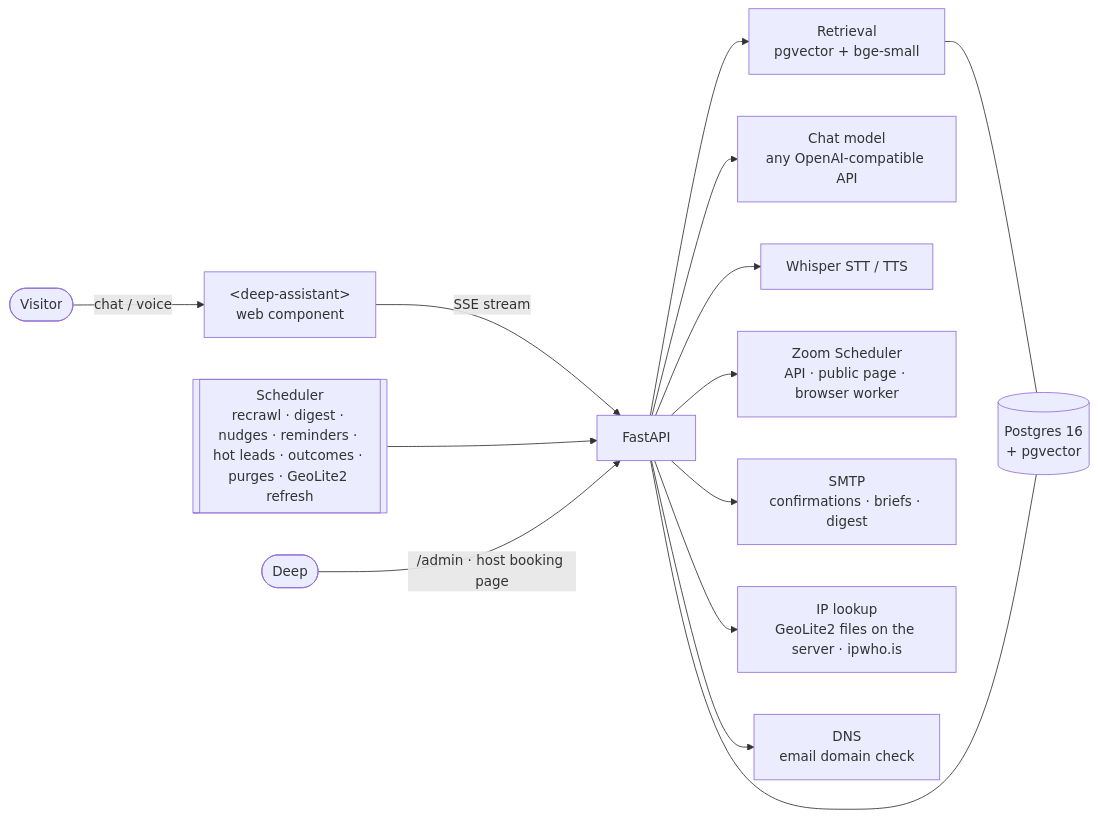
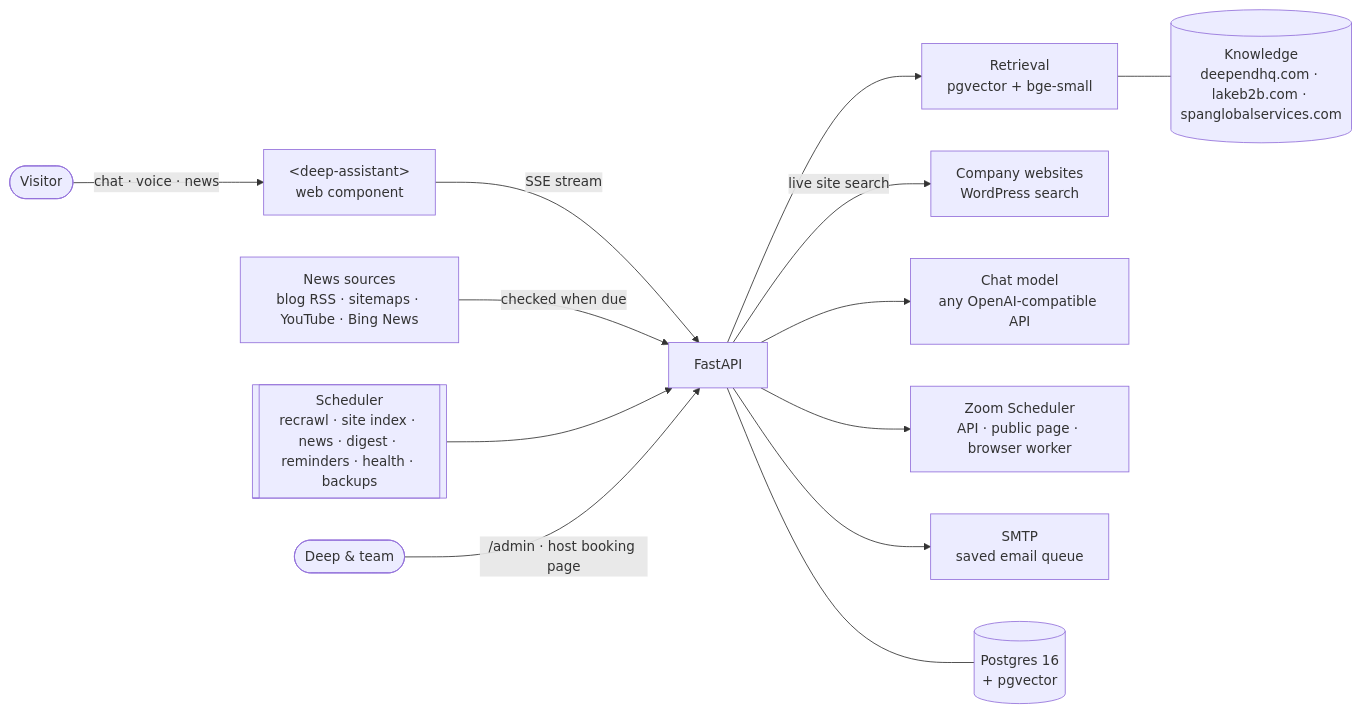
The diagram in README.md (ajaykarthikpogula0101/deep-agent), drawn with Mermaid before and after one commit. The commit also changed other lines of this file and 9 other files, not shown here.

````diff
--- a/README.md
+++ b/README.md
@@ -56,16 +87,15 @@
 ```mermaid
 flowchart LR
-    V([Visitor]) -->|chat / voice| W["&lt;deep-assistant&gt;<br/>web component"]
+    V([Visitor]) -->|chat · voice · news| W["&lt;deep-assistant&gt;<br/>web component"]
     W -->|SSE stream| API[FastAPI]
     API --> R[Retrieval<br/>pgvector + bge-small]
+    R --- KB[(Knowledge<br/>deependhq.com · lakeb2b.com · spanglobalservices.com)]
+    API -->|live site search| WP[Company websites<br/>WordPress search]
     API --> L[Chat model<br/>any OpenAI-compatible API]
-    API --> S[Whisper STT / TTS]
     API --> Z[Zoom Scheduler<br/>API · public page · browser worker]
-    API --> M[SMTP<br/>confirmations · briefs · digest]
-    API --> G[IP lookup<br/>GeoLite2 files on the server · ipwho.is]
-    API --> N[DNS<br/>email domain check]
-    C[[Scheduler<br/>recrawl · digest · nudges · reminders · hot leads · outcomes · purges · GeoLite2 refresh]] --> API
-    R --- DB[(Postgres 16<br/>+ pgvector)]
-    API --- DB
-    D([Deep]) -->|/admin · host booking page| API
+    API --> M[SMTP<br/>saved email queue]
+    NW[News sources<br/>blog RSS · sitemaps · YouTube · Bing News] -->|checked when due| API
+    C[[Scheduler<br/>recrawl · site index · news · digest · reminders · health · backups]] --> API
+    API --- DB[(Postgres 16<br/>+ pgvector)]
+    D([Deep & team]) -->|/admin · host booking page| API
 ```
````
